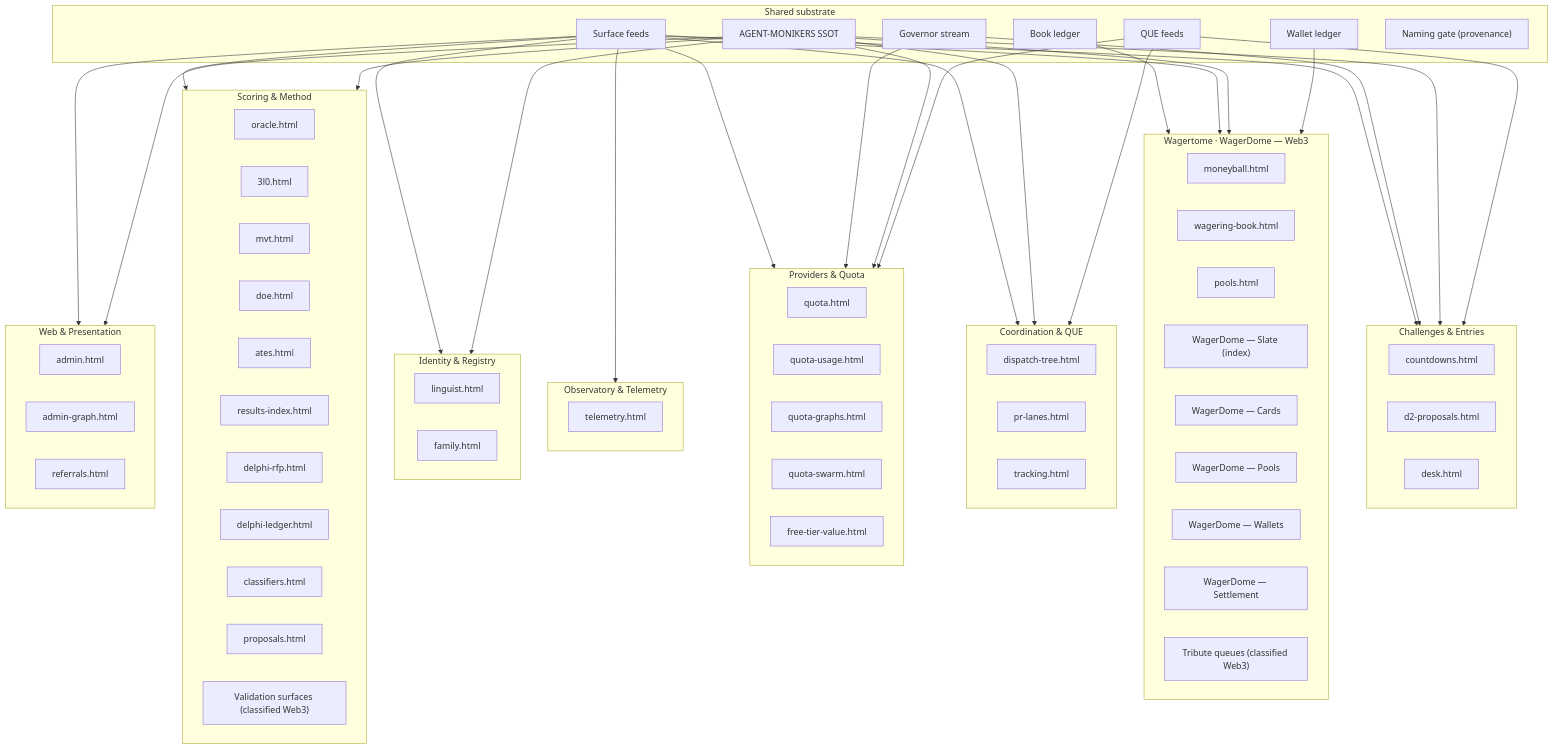
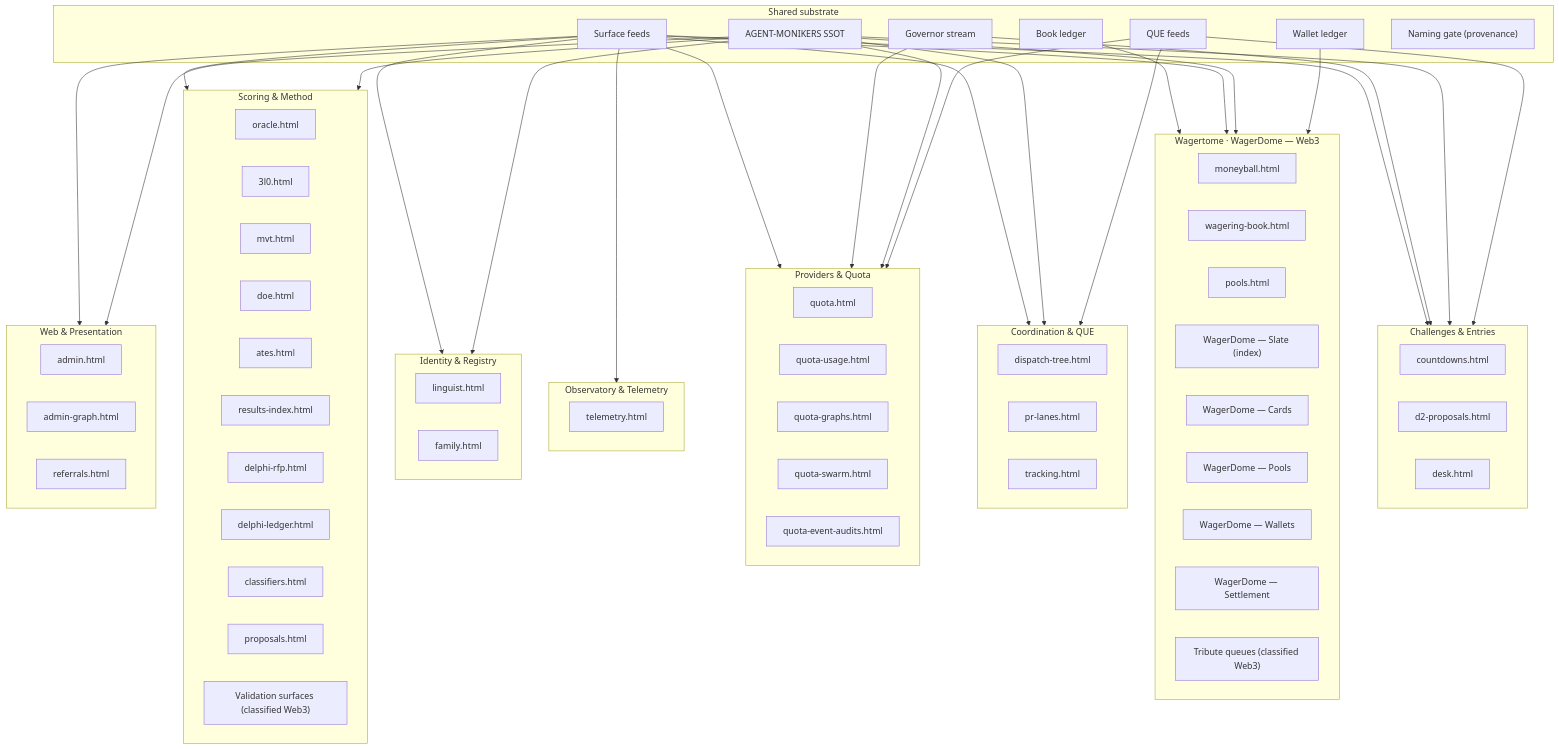
Before and after one commit to timerloggedout-spec/termux-monorepo: the diagram in docs/ops/SURFACES-MAP.md, drawn with Mermaid. The commit also changed other lines of this file and 2 other files, not shown here.

Commit message:
viz(map): Web Dev read — basis stated + quota-event-audits row + count unit (36 surfaces + 2 classes) + admin dual-home

```diff
--- a/docs/ops/SURFACES-MAP.md
+++ b/docs/ops/SURFACES-MAP.md
@@ -27,6 +27,7 @@
     quota_2["quota-graphs.html"]
     quota_3["quota-swarm.html"]
     quota_4["free-tier-value.html"]
+    quota_4["quota-event-audits.html"]
   end
   subgraph PL_scoring["Scoring & Method"]
     scoring_0["oracle.html"]
```
